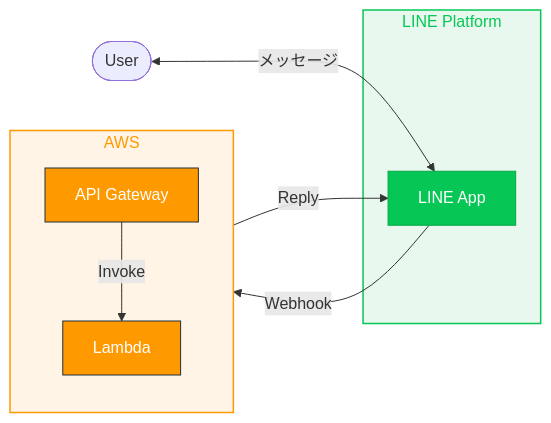
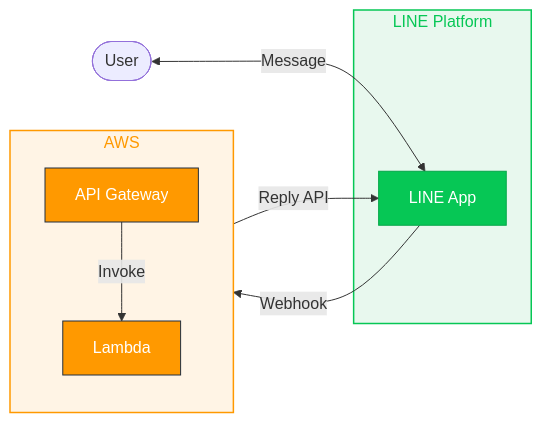
One commit to NaoyaHayashi37/janken-line-bot changed the diagram in README.md. Above: the diagram before and after it, drawn with Mermaid. The commit also changed other lines of this file, not shown here.

````diff
--- a/README.md
+++ b/README.md
@@ -18,27 +23,27 @@
 ```mermaid
 flowchart LR
     User([User])
 
     subgraph LINE [LINE Platform]
         LineApp[LINE App]
     end
 
     subgraph AWS [AWS]
         direction TB
         APIGW[API Gateway]
         Lambda[Lambda]
     end
 
-    User <-->|メッセージ| LineApp
+    User <-->|Message| LineApp
     LineApp -->|Webhook| APIGW
     APIGW -->|Invoke| Lambda
-    Lambda -->|Reply| LineApp
+    Lambda -->|Reply API| LineApp
 
     classDef aws fill:#FF9900,stroke:#232F3E,stroke-width:1px,color:#fff
     classDef line fill:#06C755,stroke:#04A648,stroke-width:1px,color:#fff
     class APIGW,Lambda aws
     class LineApp line
 
     style AWS fill:#FFF4E5,stroke:#FF9900,stroke-width:1.5px,color:#FF9900
     style LINE fill:#E8F8EE,stroke:#06C755,stroke-width:1.5px,color:#06C755
 ```
````
